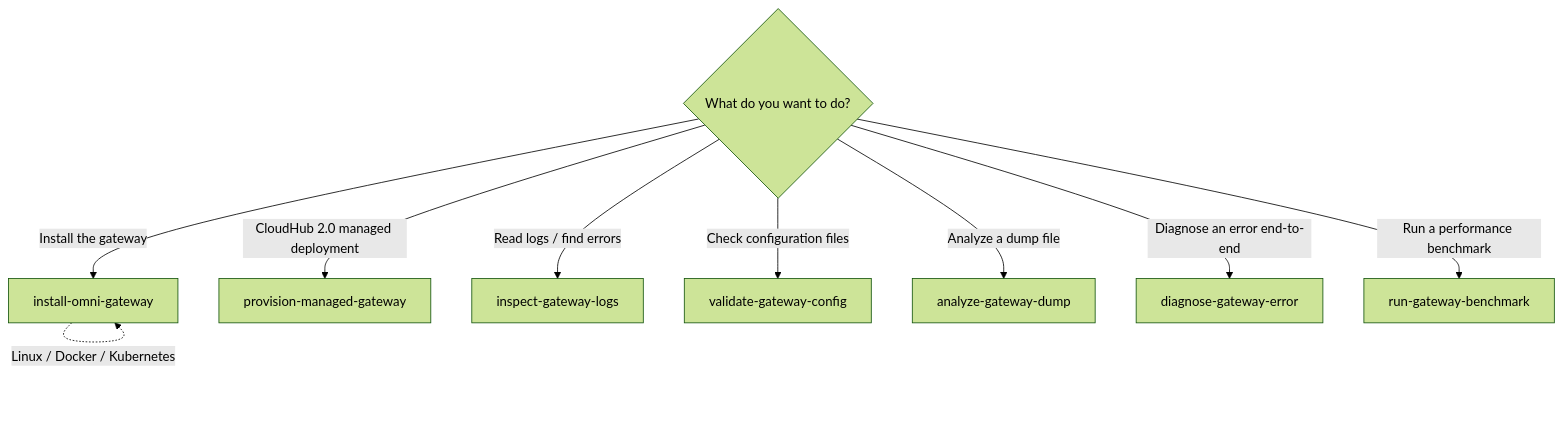
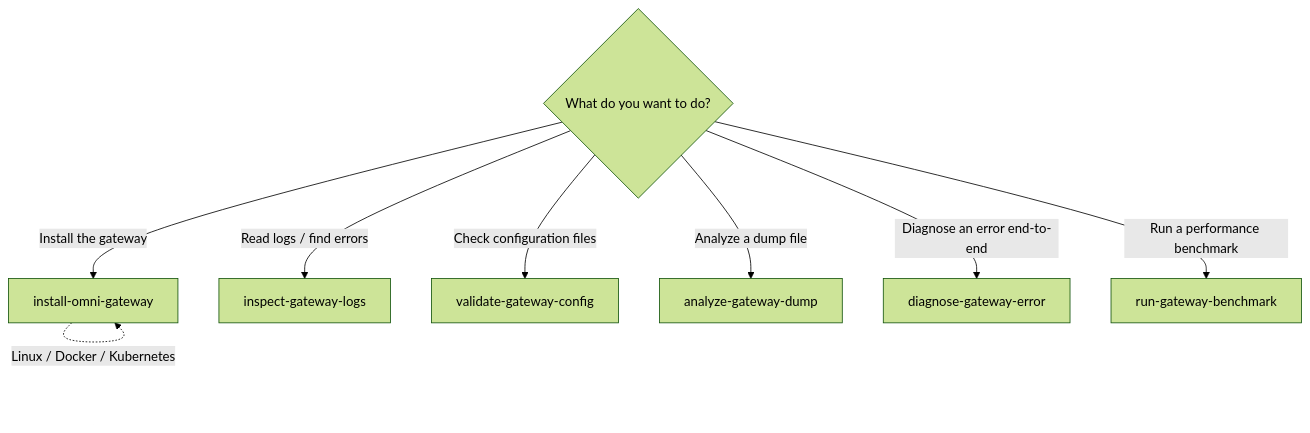
Before and after one commit to adcarabajal/mulesoft-dx: the diagram in skills/omni-gateway/SKILL.md, drawn with Mermaid (forest theme). The commit also changed other lines of this file and 1 other file, not shown here.

First line of the commit message:
docs(omni-gateway): drop dead-end provision-managed-gateway references

````diff
--- a/skills/omni-gateway/SKILL.md
+++ b/skills/omni-gateway/SKILL.md
@@ -21,15 +21,13 @@
 ```mermaid
 flowchart TD
     Start{What do you want to do?}
 
     Start -->|Install the gateway| I[install-omni-gateway]
     I -.->|Linux / Docker / Kubernetes| I
 
-    Start -->|CloudHub 2.0 managed deployment| P[provision-managed-gateway]
-
     Start -->|Read logs / find errors| OL[inspect-gateway-logs]
     Start -->|Check configuration files| OC[validate-gateway-config]
     Start -->|Analyze a dump file| OD[analyze-gateway-dump]
     Start -->|Diagnose an error end-to-end| OE[diagnose-gateway-error]
     Start -->|Run a performance benchmark| OB[run-gateway-benchmark]
 ```
````
